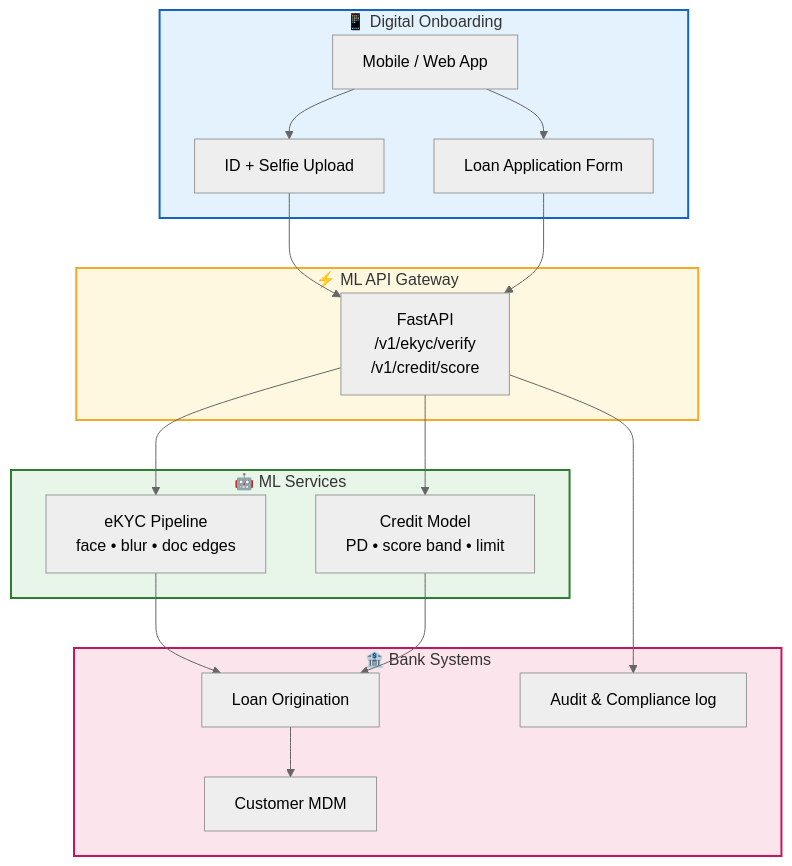
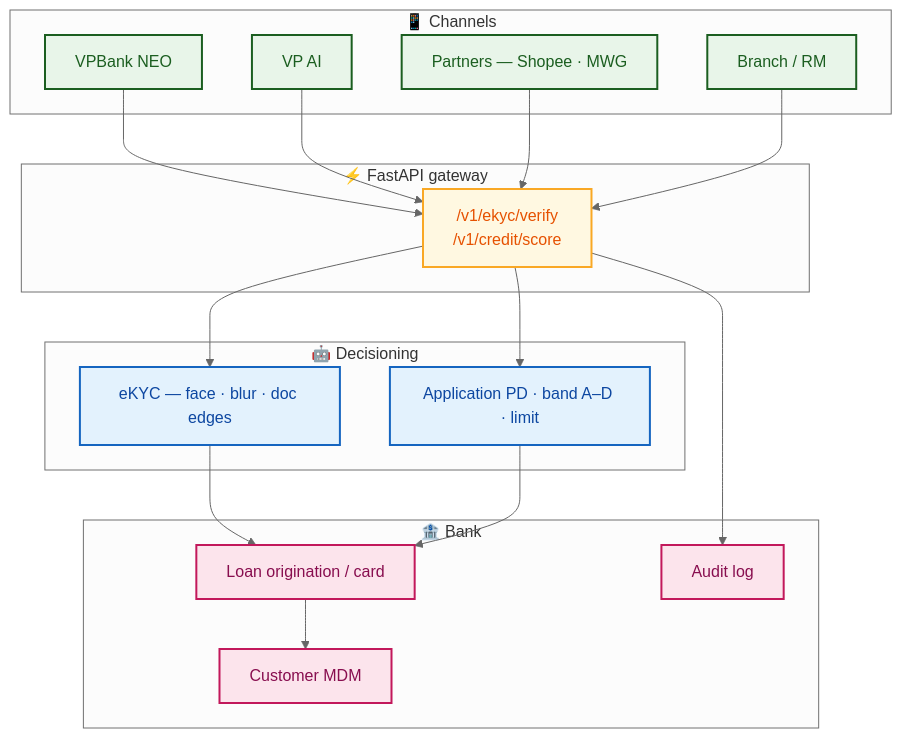
The first of 3 diagrams in README.md (willtran112358/vpbank-ekyc-credit-scoring), drawn with Mermaid (neutral theme) before and after one commit. The commit also changed other lines of this file, not shown here.

Commit message:
Add VPBank personal and HKD product themes with digital-bank onboarding diagrams.

````diff
--- a/README.md
+++ b/README.md
@@ -18,37 +13,38 @@
 ```mermaid
 flowchart TB
-    subgraph CHANNEL["📱 Digital Onboarding"]
-        APP["Mobile / Web App"]
-        ID["ID + Selfie Upload"]
-        FORM["Loan Application Form"]
+    classDef ch fill:#E8F5E9,stroke:#1B5E20,stroke-width:2px,color:#1B5E20
+    classDef api fill:#FFF8E1,stroke:#F9A825,stroke-width:2px,color:#E65100
+    classDef ml fill:#E3F2FD,stroke:#1565C0,stroke-width:2px,color:#0D47A1
+    classDef core fill:#FCE4EC,stroke:#C2185B,stroke-width:2px,color:#880E4F
+
+    subgraph CH["📱 Channels"]
+        NEO["VPBank NEO"]:::ch
+        AI["VP AI"]:::ch
+        PT["Partners — Shopee · MWG"]:::ch
+        BR["Branch / RM"]:::ch
     end
 
-    subgraph API["⚡ ML API Gateway"]
-        GW["FastAPI<br/>/v1/ekyc/verify<br/>/v1/credit/score"]
+    subgraph API["⚡ FastAPI gateway"]
+        GW["/v1/ekyc/verify<br/>/v1/credit/score"]:::api
     end
 
-    subgraph ML["🤖 ML Services"]
-        EKYC["eKYC Pipeline<br/>face • blur • doc edges"]
-        CREDIT["Credit Model<br/>PD • score band • limit"]
+    subgraph ML["🤖 Decisioning"]
+        EKYC["eKYC — face · blur · doc edges"]:::ml
+        PD["Application PD · band A–D · limit"]:::ml
     end
 
-    subgraph CORE["🏦 Bank Systems"]
-        LOS["Loan Origination"]
-        CRM["Customer MDM"]
-        AUDIT["Audit & Compliance log"]
+    subgraph CORE["🏦 Bank"]
+        LOS["Loan origination / card"]:::core
+        CRM["Customer MDM"]:::core
+        AUD["Audit log"]:::core
     end
 
-    APP --> ID --> GW
-    APP --> FORM --> GW
-    GW --> EKYC
-    GW --> CREDIT
-    EKYC --> LOS
-    CREDIT --> LOS
-    GW --> AUDIT
+    NEO --> GW
+    AI --> GW
+    PT --> GW
+    BR --> GW
+    GW --> EKYC --> LOS
+    GW --> PD --> LOS
+    GW --> AUD
     LOS --> CRM
-
-    style CHANNEL fill:#e3f2fd,stroke:#1565c0,stroke-width:2px
-    style API fill:#fff8e1,stroke:#f9a825,stroke-width:2px
-    style ML fill:#e8f5e9,stroke:#2e7d32,stroke-width:2px
-    style CORE fill:#fce4ec,stroke:#c2185b,stroke-width:2px
 ```
````
